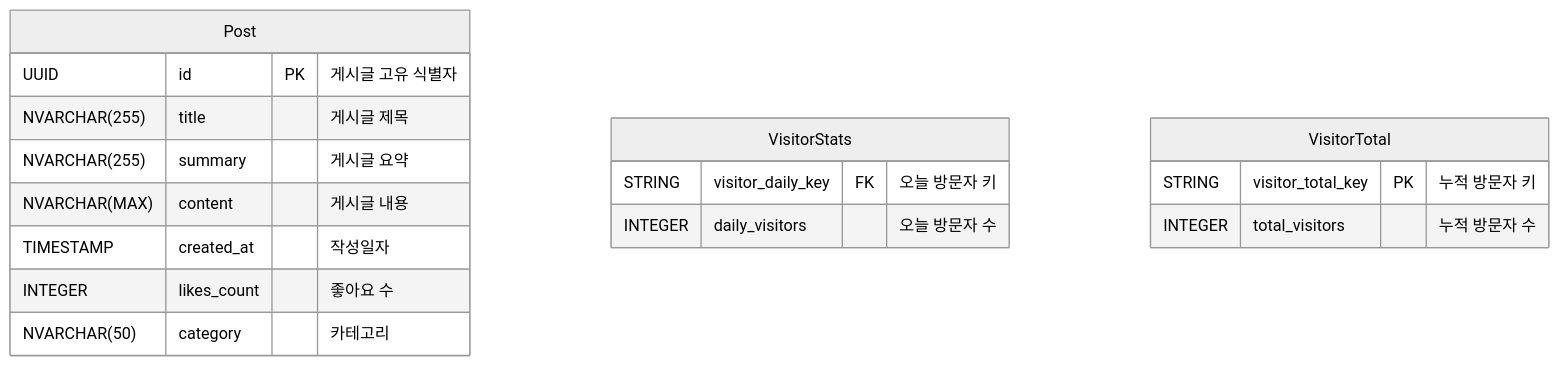
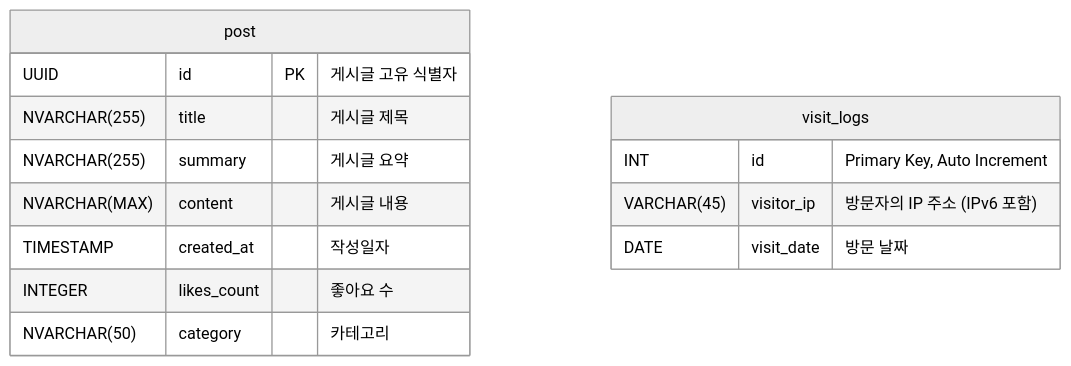
The second of 2 diagrams in README.md (Team-NaBang/Bang-Backend), drawn with Mermaid (neutral theme) before and after one commit. The commit also changed other lines of this file, not shown here.

First line of the commit message:
🗃️ docs(#4): Design architecture and update README

````diff
--- a/README.md
+++ b/README.md
@@ -3,22 +77,18 @@
 ```mermaid
 erDiagram
-    Post {
+    post {
         UUID id PK "게시글 고유 식별자"
         NVARCHAR(255) title "게시글 제목"
         NVARCHAR(255) summary "게시글 요약"
         NVARCHAR(MAX) content "게시글 내용"
         TIMESTAMP created_at "작성일자"
         INTEGER likes_count "좋아요 수"
         NVARCHAR(50) category "카테고리"
     }
 
-    VisitorStats {
-        STRING visitor_daily_key FK "오늘 방문자 키" 
-        INTEGER daily_visitors "오늘 방문자 수"
-    }
-
-    VisitorTotal {
-        STRING visitor_total_key PK "누적 방문자 키"
-        INTEGER total_visitors "누적 방문자 수"
+    visit_logs {
+        INT id "Primary Key, Auto Increment"
+        VARCHAR(45) visitor_ip "방문자의 IP 주소 (IPv6 포함)"
+        DATE visit_date "방문 날짜"
     }
 ```
````
